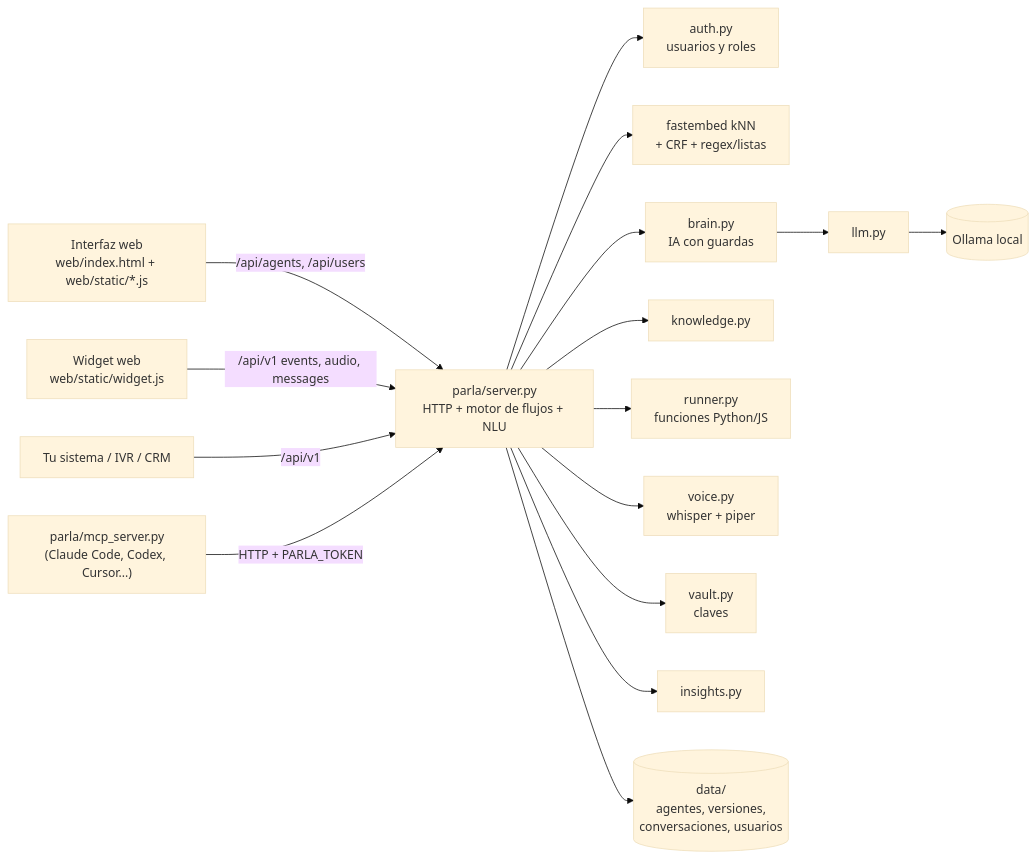
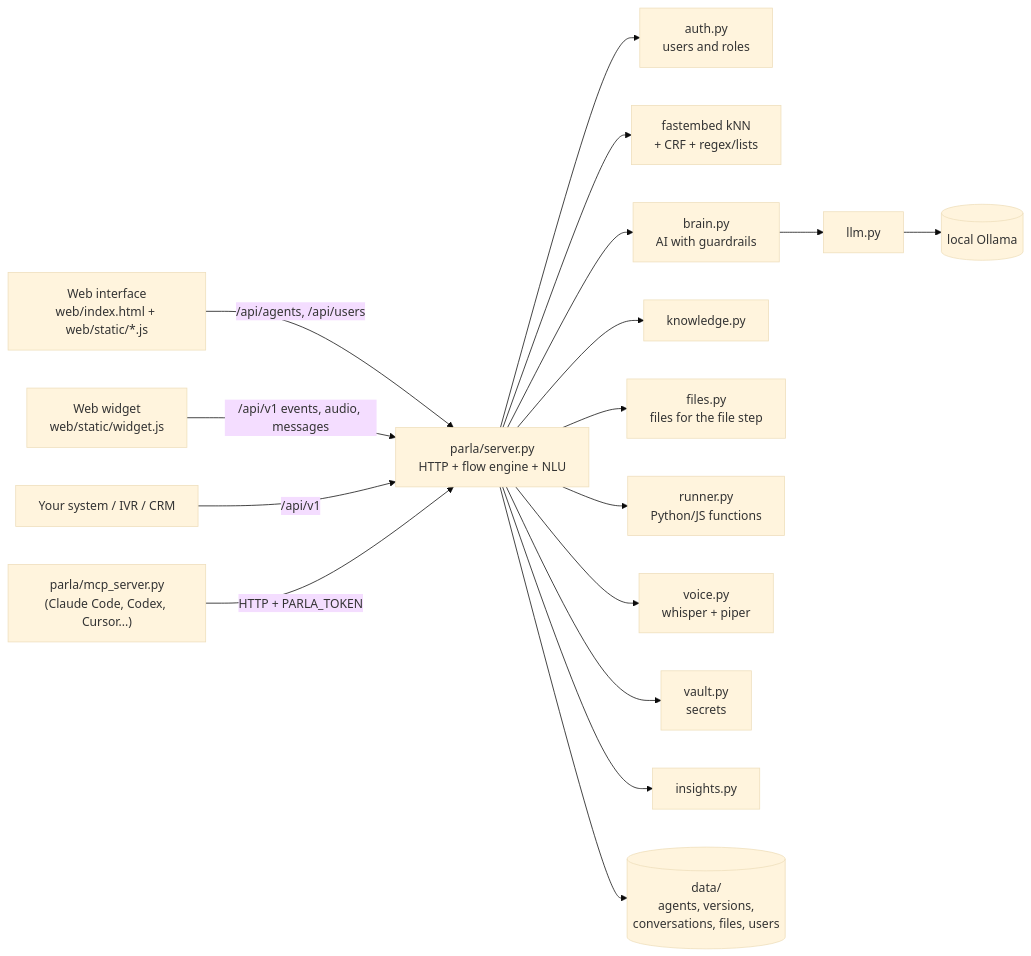
The diagram in README.md (pedroslev/parla-nlu), drawn with Mermaid (base theme) before and after one commit. The commit also changed other lines of this file and 50 other files, not shown here.

````diff
--- a/README.md
+++ b/README.md
@@ -138,17 +155,18 @@
 ```mermaid
 flowchart LR
-    UI["Interfaz web<br/>web/index.html + web/static/*.js"] -->|/api/agents, /api/users| S
-    W["Widget web<br/>web/static/widget.js"] -->|/api/v1 events, audio, messages| S
-    EXT["Tu sistema / IVR / CRM"] -->|/api/v1| S
+    UI["Web interface<br/>web/index.html + web/static/*.js"] -->|/api/agents, /api/users| S
+    W["Web widget<br/>web/static/widget.js"] -->|/api/v1 events, audio, messages| S
+    EXT["Your system / IVR / CRM"] -->|/api/v1| S
     MCP["parla/mcp_server.py<br/>(Claude Code, Codex, Cursor...)"] -->|HTTP + PARLA_TOKEN| S
-    S["parla/server.py<br/>HTTP + motor de flujos + NLU"] --> AUTH[auth.py<br/>usuarios y roles]
-    S --> NLU["fastembed kNN<br/>+ CRF + regex/listas"]
-    S --> BR[brain.py<br/>IA con guardas]
-    BR --> LLM[llm.py] --> OLL[(Ollama local)]
+    S["parla/server.py<br/>HTTP + flow engine + NLU"] --> AUTH[auth.py<br/>users and roles]
+    S --> NLU["fastembed kNN<br/>+ CRF + regex/lists"]
+    S --> BR[brain.py<br/>AI with guardrails]
+    BR --> LLM[llm.py] --> OLL[(local Ollama)]
     S --> KB[knowledge.py]
-    S --> RUN[runner.py<br/>funciones Python/JS]
+    S --> FI[files.py<br/>files for the file step]
+    S --> RUN[runner.py<br/>Python/JS functions]
     S --> V[voice.py<br/>whisper + piper]
-    S --> VAULT[vault.py<br/>claves]
+    S --> VAULT[vault.py<br/>secrets]
     S --> INS[insights.py]
-    S --> D[(data/<br/>agentes, versiones,<br/>conversaciones, usuarios)]
+    S --> D[(data/<br/>agents, versions,<br/>conversations, files, users)]
 ```
````
